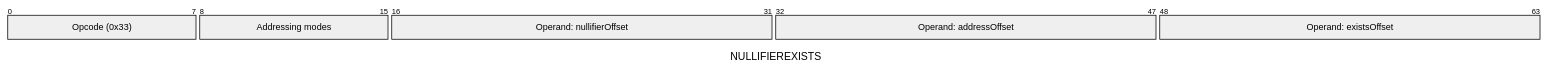
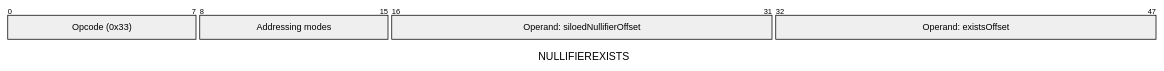
Before and after one commit to jp4g/aztec-packages-note-discovery: the first of 2 diagrams in yarn-project/simulator/docs/avm/opcodes/nullifierexists.md, drawn with Mermaid. The commit also changed other lines of this file and 28 other files, not shown here.

First line of the commit message:
feat(avm)!: siloed nullifier exists (#19968)

````diff
--- a/yarn-project/simulator/docs/avm/opcodes/nullifierexists.md
+++ b/yarn-project/simulator/docs/avm/opcodes/nullifierexists.md
@@ -40,14 +39,13 @@
 ```mermaid
 ---
 title: "NULLIFIEREXISTS"
 config:
   packet:
-    bitsPerRow: 64
+    bitsPerRow: 48
 ---
 packet-beta
 0-7: "Opcode (0x33)"
 8-15: "Addressing modes"
-16-31: "Operand: nullifierOffset"
-32-47: "Operand: addressOffset"
-48-63: "Operand: existsOffset"
+16-31: "Operand: siloedNullifierOffset"
+32-47: "Operand: existsOffset"
 ```
````
